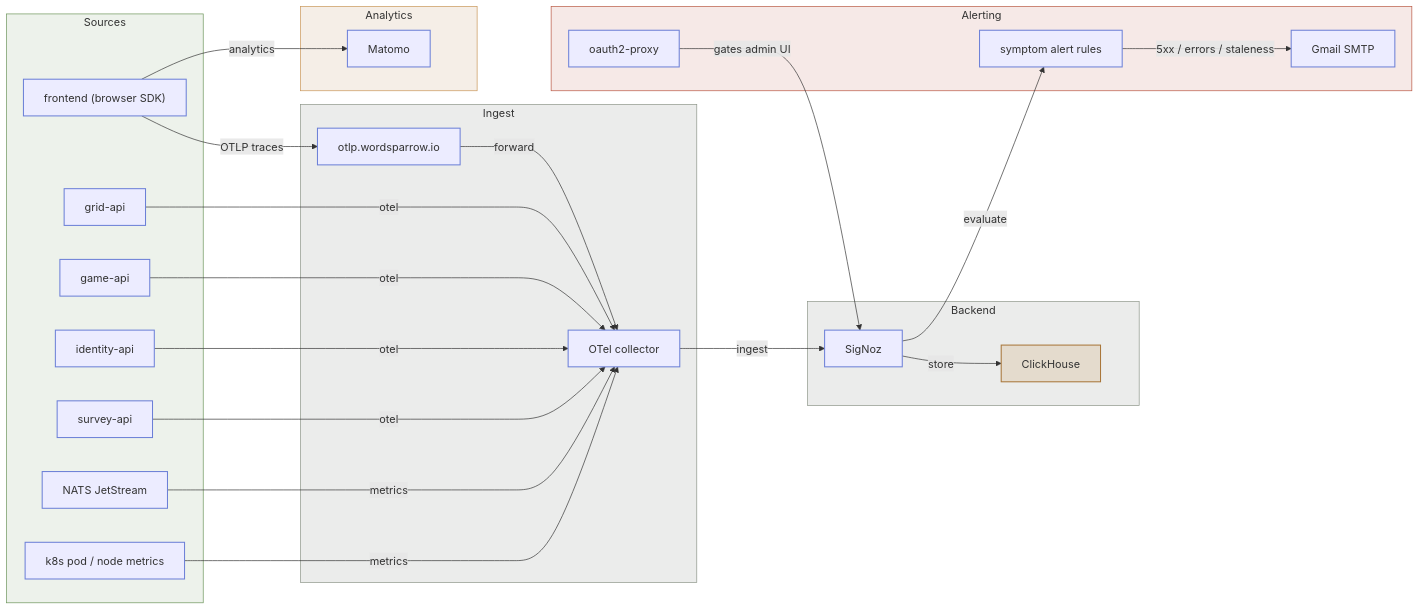
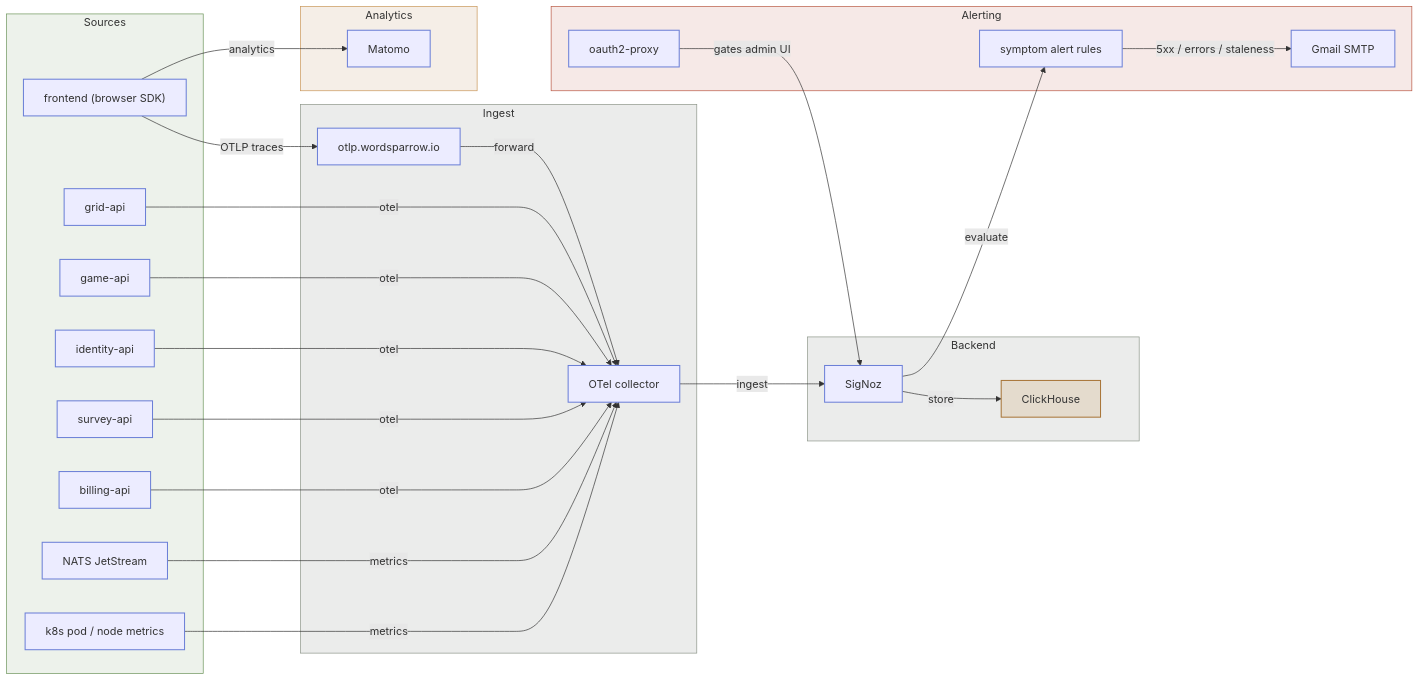
Before and after one commit to Ishou/wordsparrow: the fourth of 5 diagrams in README.md, drawn with Mermaid. The commit also changed other lines of this file and 13 other files, not shown here.

First line of the commit message:
chore(infra): add billing-api helm chart, build/lint matrices, mollie topology

````diff
--- a/README.md
+++ b/README.md
@@ -202,50 +213,52 @@
 ```mermaid
 flowchart LR
   subgraph Sources
     frontend["frontend (browser SDK)"]
     grid["grid-api"]
     game["game-api"]
     identity["identity-api"]
     survey["survey-api"]
+    billing["billing-api"]
     nats["NATS JetStream"]
     k8smetrics["k8s pod / node metrics"]
   end
   subgraph Ingest
     otlpingress["otlp.wordsparrow.io"]
     collector["OTel collector"]
   end
   subgraph Backend
     signoz["SigNoz"]
     clickhouse["ClickHouse"]
   end
   subgraph Analytics
     matomo["Matomo"]
   end
   subgraph Alerting
     alerts["symptom alert rules"]
     gmail["Gmail SMTP"]
     oauth2["oauth2-proxy"]
   end
   frontend -->|analytics| matomo
   frontend -->|OTLP traces| otlpingress
   otlpingress -->|forward| collector
   grid -->|otel| collector
   game -->|otel| collector
   identity -->|otel| collector
   survey -->|otel| collector
+  billing -->|otel| collector
   nats -->|metrics| collector
   k8smetrics -->|metrics| collector
   collector -->|ingest| signoz
   signoz -->|store| clickhouse
   signoz -->|evaluate| alerts
   alerts -->|5xx / errors / staleness| gmail
   oauth2 -->|gates admin UI| signoz
   classDef data fill:#c8945633,stroke:#a87538;
   class clickhouse data;
   style Sources fill:#6a93581f,stroke:#6a9358;
   style Ingest fill:#5a655a1f,stroke:#8b9488;
   style Backend fill:#5a655a1f,stroke:#8b9488;
   style Analytics fill:#a875381f,stroke:#c89456;
   style Alerting fill:#b8554020,stroke:#b85540;
   classDef default stroke:#6b7fd7,stroke-width:1.5px;
 ```
````
